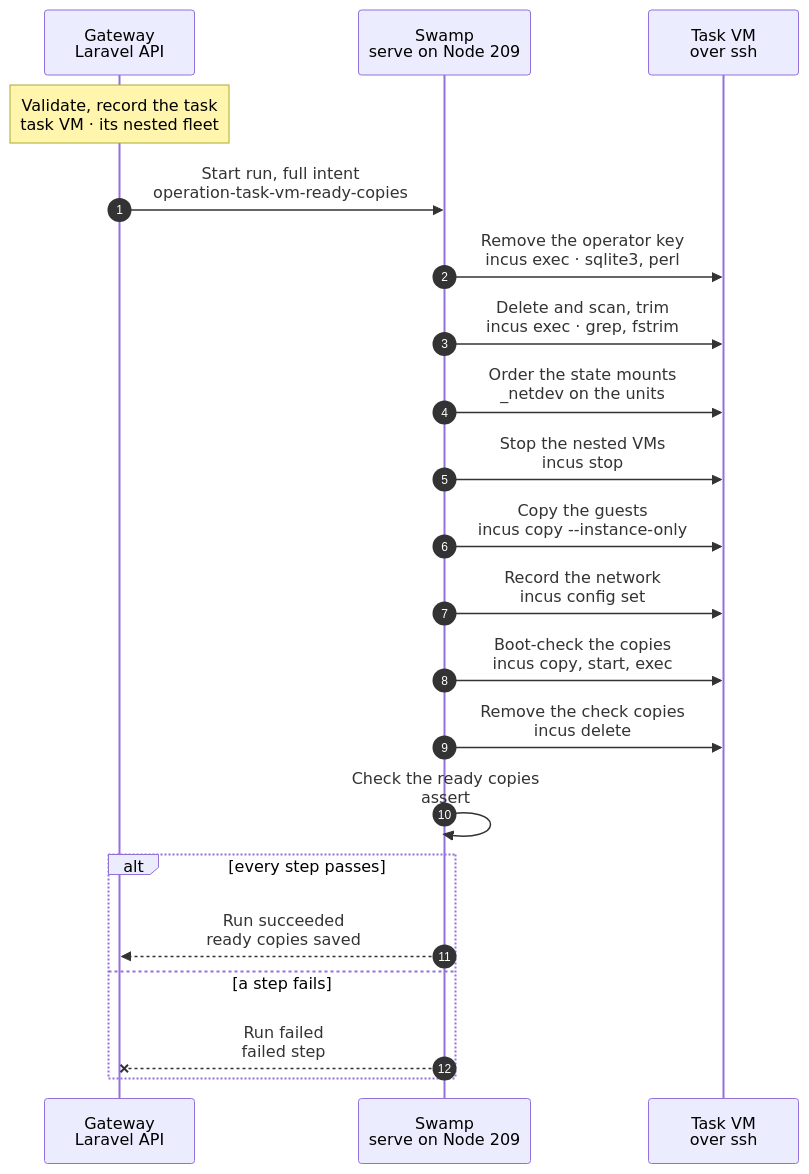
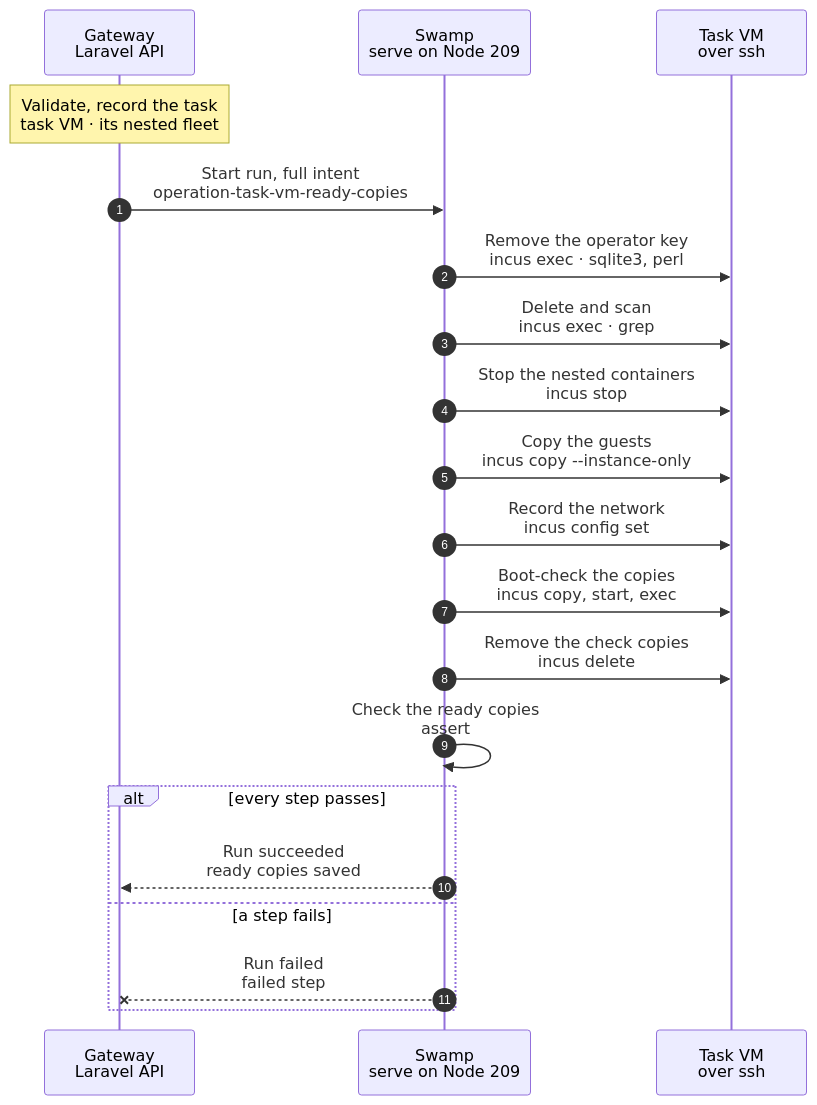
The diagram in docs/cli/tasks/vm-ready-copies.mmd (hardimpactdev/orbit), drawn with Mermaid before and after one commit. The commit also changed 4 other files, not shown here.

Commit message:
Charts: the nested fleet becomes Incus system containers

```diff
--- a/docs/cli/tasks/vm-ready-copies.mmd
+++ b/docs/cli/tasks/vm-ready-copies.mmd
@@ -1,79 +1,78 @@
 sequenceDiagram
   %% Target design: the step "Save the new images" of the seed refresh, stage 6 of the command development pipeline (docs/reference/pipeline/6-task-image-seed-refresh.mmd), as a kind of its own so that it runs on any running task VM with a nested fleet. The refresh calls the same workflow as a child once it starts its own refresh VM.
   %% status: draft
   %% command: none · stage 6 saves the ready copies
   %% kind: task_vm.ready_copies
   autonumber
   %% lane GW icon=gateway pill=intent tone=blue
   %% lane SW icon=workflow pill=executes tone=green
   %% lane VM icon=server pill=target tone=purple
   participant GW as Gateway<br/>Laravel API
   participant SW as Swamp<br/>serve on Node 209
   participant VM as Task VM<br/>over ssh
   Note over GW: Validate, record the task<br/>task VM · its nested fleet
   %%> Started by:
   %%> - the operator command `task-vms:save-ready-copies VM` on the Gateway; there is no orbit CLI command
   %%> - later, the seed refresh of stage 6, as a child workflow in its refresh VM
   %%> Requirements:
   %%> - the task VM is `ready`, its guest Node is active with a recorded host key
   %%> - the nested fleet runs in it: `nested-gateway`, `nested-app-dev` and `nested-app-prod`, on the network `oe-nested`
   %%> - no other task holds `task_vm:<id>`; a repeated admission returns the open task
   %%> Result:
-  %%> - the task records the VM, its guest Node, its host key pin and the names of the nested VMs
+  %%> - the task records the VM, its guest Node, its host key pin and the names of the nested containers
   %%> - the proof Swamp Club key goes to the vault as a copy; the intent holds only its name
   GW->>SW: Start run, full intent<br/>operation-task-vm-ready-copies
   %%> What it does:
   %%> - starts one Swamp run on serve (Node 209); every step is one `incus` command over official `@swamp/ssh` to the VM, with literal argv
   SW->>VM: Remove the operator key<br/>incus exec · sqlite3, perl
   %%> What it does:
   %%> - sets the WireGuard key of the nested Gateway's `operator` Node record to null in the database its `.env` names, and takes the operator peer (10.45.0.10) out of the WireGuard files of the Gateway hub
   %%> Why:
   %%> - the key belongs to the VM that made the copies; a task VM that starts them makes its own (stage 2), so the old key works nowhere else
-  SW->>VM: Delete and scan, trim<br/>incus exec · grep, fstrim
+  SW->>VM: Delete and scan<br/>incus exec · grep
   %%> What it does:
   %%> - deletes the proof Swamp Club key (`/home/orbit/.config/swamp/api-key`) from the nested Gateway, then searches every file of all three guests for it by value, with the key on standard input
-  %%> - runs `fstrim` so the freed blocks of the deleted key are discarded from the disk image that every task VM clones
+  %%> Decided by the orchestrator, for Nick's review (2026-11-06), container inner topology:
+  %%> - no `fstrim`: a container copy is a btrfs subvolume, not a disk image, so there are no freed blocks of a deleted file to discard
   %%> Why:
   %%> - the seed is cloned into every task VM of the host; a key in it would reach all of them
-  SW->>VM: Order the state mounts<br/>_netdev on the units
-  %%> What it does:
-  %%> - sets `_netdev` on the NFS mount of the checkout and on the three bind-mount units of the state in the Gateway and app-dev guests, then reloads systemd; it edits the unit files only, never the links in `multi-user.target.wants`
-  %%> Why:
-  %%> - as local mounts they close an ordering cycle with the NFS mount of the checkout at boot (`local-fs.target`, the NFS mount, `network.target`, `ufw.service`), and systemd drops them; as network mounts they come up after the NFS mount, so the apply step need not start them by name
-  SW->>VM: Stop the nested VMs<br/>incus stop
+  SW->>VM: Stop the nested containers<br/>incus stop
+  %%> Decided by the orchestrator, for Nick's review (2026-11-06), container inner topology:
+  %%> - the copies are system containers (chart `vm-fleet-build.mmd`); the `_netdev` ordering step is gone with the NFS mount it ordered
+  %%> - the copies carry a new `user.ready.format`, so code for containers never starts VM copies of format 3
   %%> What it does:
   %%> - one clean stop of the three guests, so a copy holds finished file systems
   %%> Decided by the orchestrator, for Nick's review (2026-11-06):
   %%> - the Gateway's Horizon unit is ordered after `valkey-server.service`: Horizon drains through its queue and never gets SIGKILL, so when both stopped together the Gateway guest hung at shutdown (op 11691)
   SW->>VM: Copy the guests<br/>incus copy --instance-only
   %%> What it does:
   %%> - deletes the earlier `fleet-ready-*` copies, then copies each guest to `fleet-ready-gateway`, `fleet-ready-app-dev` and `fleet-ready-app-prod`, without the `base` snapshot of the earlier fleet
   %%> - removes the NIC from each copy
   %%> Self-contained:
-  %%> - a copy keeps its `.env`, `storage`, `bootstrap/cache` and database on its own disk and holds no checkout; every task VM mounts its own over NFS (stage 2)
+  %%> - a copy keeps its `.env`, `storage`, `bootstrap/cache` and database on its own disk and holds no checkout; every task VM attaches its own as a disk device (stage 2)
   SW->>VM: Record the network<br/>incus config set
   %%> What it does:
   %%> - stores on each copy `user.ready.subnet`, `user.ready.hwaddr` and `user.ready.ipv4`, its role and the time; a task VM creates the network from the subnet
   %%> - writes `user.ready.complete` last, on all three: a set without it is half made
   %%> - writes `user.ready.format` with it, the format of the copies; a provision starts a fleet only from copies of the current format
   SW->>VM: Boot-check the copies<br/>incus copy, start, exec
   %%> What it does:
   %%> - starts a throwaway copy of each ready copy, waits for its agent, and checks it: no Club key, no file of a checkout but a log, the state on its own disk, no operator key in the record or on the hub
   %%> - the ready copies themselves are never started
   SW->>VM: Remove the check copies<br/>incus delete
   %%> Why:
   %%> - runs after success, failure and cancellation
   SW->>SW: Check the ready copies<br/>assert
   %%> End check:
-  %%> - a native `assert`: the NFS mount and every state unit of a stored copy have `_netdev`, no operator key in the record, all three copies stateful and without a NIC
+  %%> - a native `assert`: no operator key in the record, all three copies containers of the current format and without a NIC
   alt every step passes
     SW-->>GW: Run succeeded<br/>ready copies saved
     %%> Result:
     %%> - the Gateway records the task as succeeded; the copies are in the VM's seed disk, ready to become the host's seed
   else a step fails
     SW--xGW: Run failed<br/>failed step
     %%> On the VM:
-    %%> - a failure before the copy step leaves the earlier copies; the nested VMs may stay stopped, so start them before the next run
+    %%> - a failure before the copy step leaves the earlier copies; the nested containers may stay stopped, so start them before the next run
     %%> Result:
     %%> - the task fails with the failed step named; the next run starts again
   end
```
